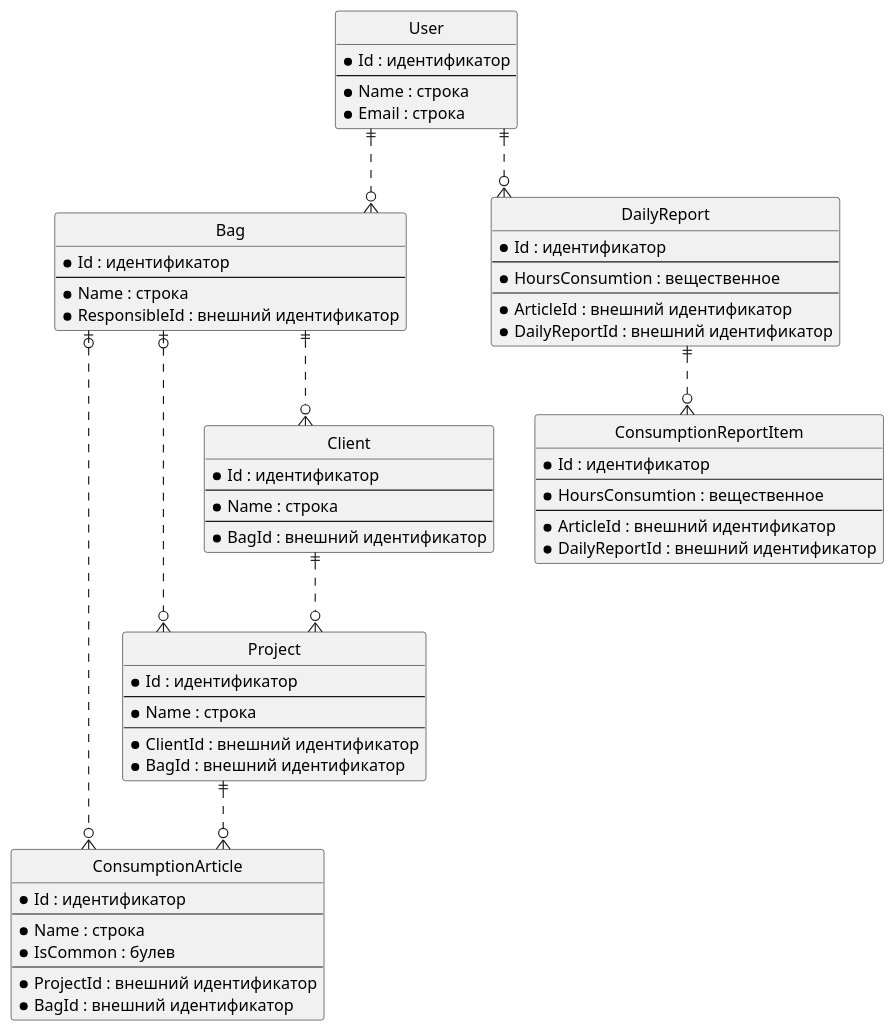
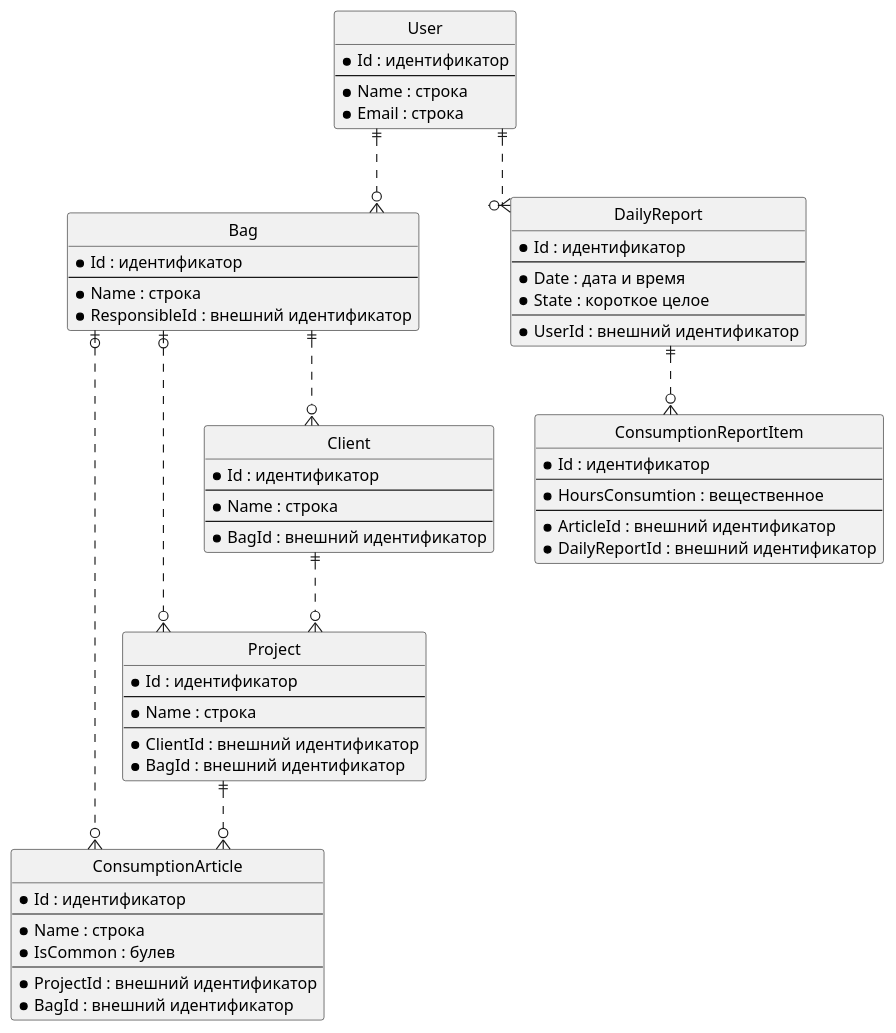
One commit to APTSquad/aptracker-docs changed the diagram in uml/ER.puml. Above: the diagram before and after it, drawn with PlantUML. The commit also changed 1 other file, not shown here.

Commit message:
Update diagrams

```diff
--- a/uml/ER.puml
+++ b/uml/ER.puml
@@ -1,81 +1,81 @@
 @startuml APTracker ER
 
 ' hide the spot
 hide circle
 
 ' avoid problems with angled crows feet
 skinparam linetype ortho
 
 entity "ConsumptionArticle" as Article {
   *Id : идентификатор
   --
   *Name : строка
   *IsCommon : булев
   --
   *ProjectId : внешний идентификатор
   *BagId : внешний идентификатор
 }
 
 entity "Project" as Project {
   *Id : идентификатор
   --
   *Name : строка
   --
   *ClientId : внешний идентификатор
   *BagId : внешний идентификатор
 }
 
 entity "Client" as Client {
   *Id : идентификатор
   --
   *Name : строка
   --
   *BagId : внешний идентификатор
 }
 
 entity "Bag" as Bag {
   *Id : идентификатор
   --
   *Name : строка
   *ResponsibleId : внешний идентификатор
 }
 
 entity "User" as User {
   *Id : идентификатор
   --
   *Name : строка
   *Email : строка
 }
 
 entity "ConsumptionReportItem" as ConsumptionReportItem {
   *Id : идентификатор
   --
   *HoursConsumtion : вещественное
   --
   *ArticleId : внешний идентификатор
   *DailyReportId : внешний идентификатор
 }
 
 entity "DailyReport" as DailyReport {
   *Id : идентификатор
   --
-  *HoursConsumtion : вещественное
+  *Date : дата и время
+  *State : короткое целое
   --
-  *ArticleId : внешний идентификатор
-  *DailyReportId : внешний идентификатор
+  *UserId : внешний идентификатор
 }
 
 
 User ||..o{ DailyReport
 User ||..o{ Bag
 Client ||..o{ Project
 Project ||..o{ Article
 
 Bag |o..o{ Project
 Bag |o..o{ Article
 Bag ||..o{ Client
 
 DailyReport ||..o{ ConsumptionReportItem
 
 
 @enduml
```
